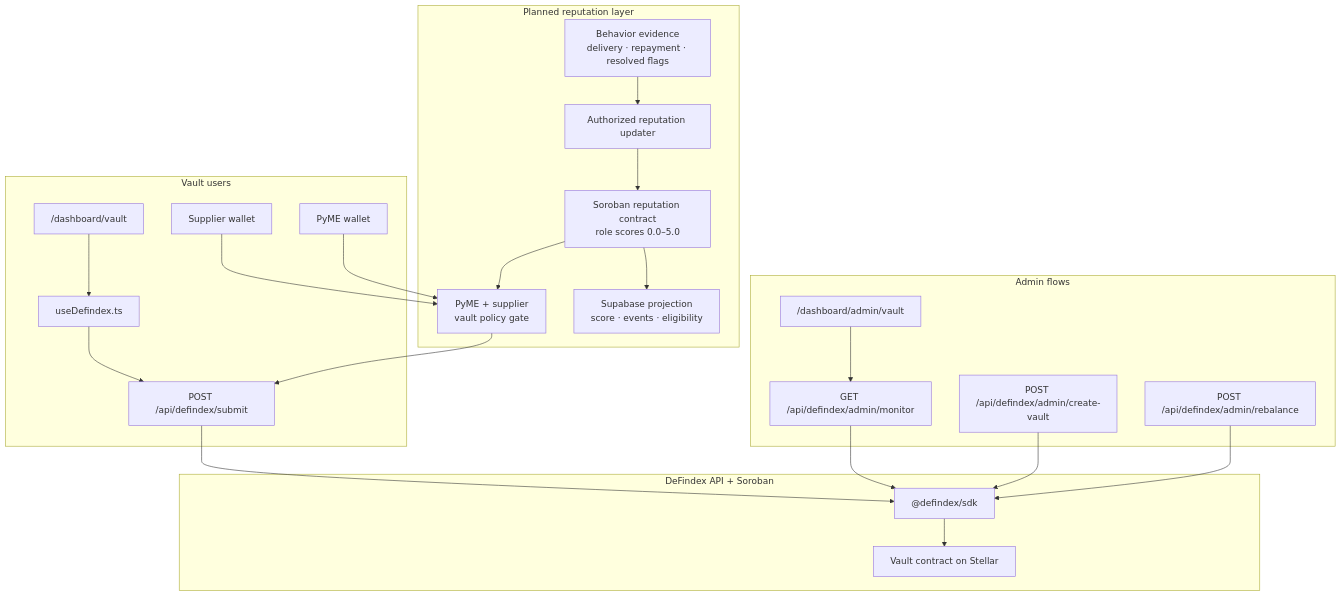
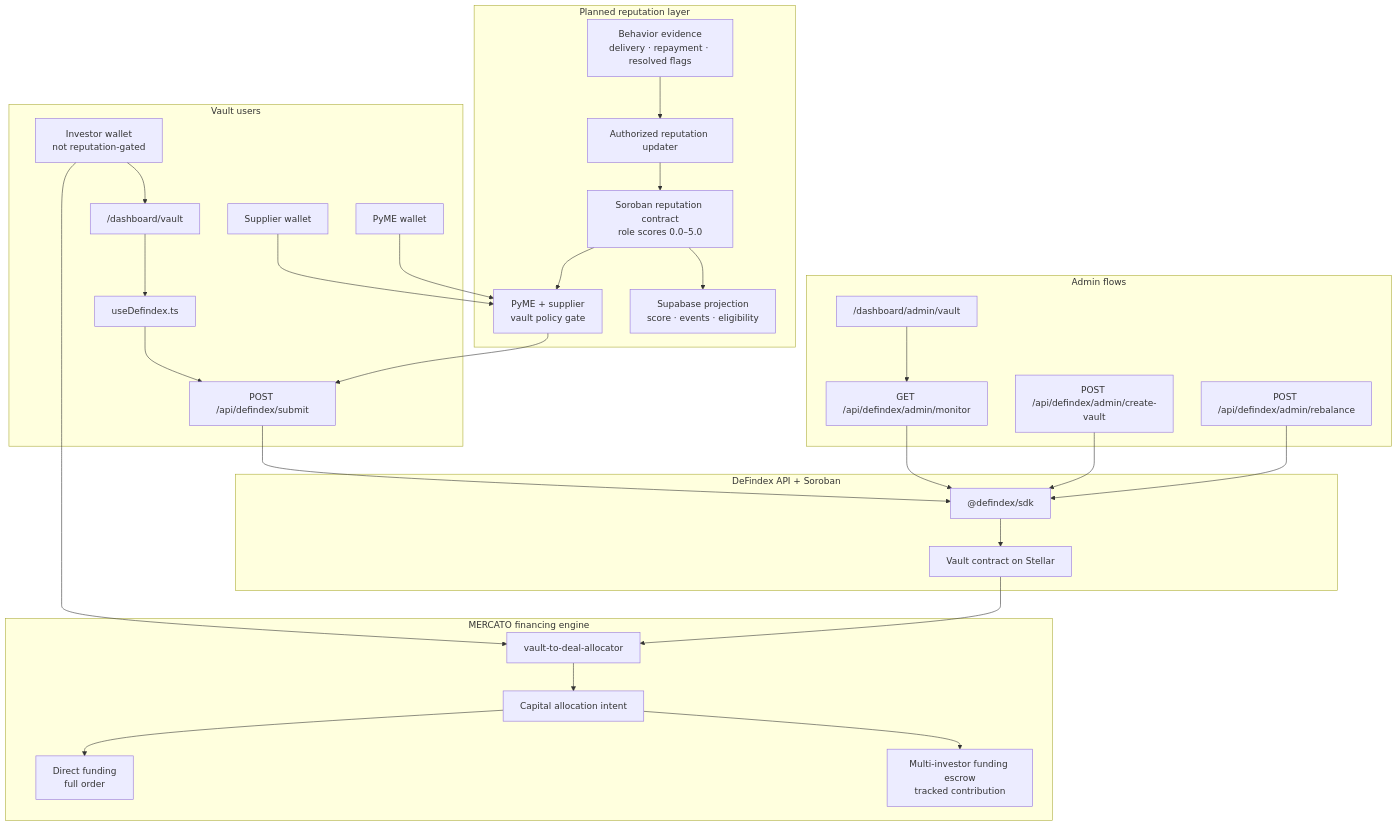
The tenth of 18 diagrams in doc/architecture.md (mercato-supply-chain/mercato-dapp), drawn with Mermaid before and after one commit. The commit also changed other lines of this file, not shown here.

Commit message:
Update architecture for multi-investor financing and DeFindex allocation

````diff
--- a/doc/architecture.md
+++ b/doc/architecture.md
@@ -652,41 +655,54 @@
 ```mermaid
 flowchart TB
   subgraph User["Vault users"]
     VaultDash["/dashboard/vault"]
     Hook["useDefindex.ts"]
     Submit["POST /api/defindex/submit"]
+    Investor["Investor wallet\nnot reputation-gated"]
     Supplier["Supplier wallet"]
     PyME["PyME wallet"]
+  end
+
+  subgraph Financing["MERCATO financing engine"]
+    Allocator["vault-to-deal-allocator"]
+    Intent["Capital allocation intent"]
+    Direct["Direct funding\nfull order"]
+    Multi["Multi-investor funding escrow\ntracked contribution"]
   end
 
   subgraph Admin["Admin flows"]
     VaultMon["/dashboard/admin/vault"]
     Create["POST /api/defindex/admin/create-vault"]
     Rebalance["POST /api/defindex/admin/rebalance"]
     Monitor["GET /api/defindex/admin/monitor"]
   end
 
   subgraph Reputation["Planned reputation layer"]
     Evidence["Behavior evidence\ndelivery · repayment · resolved flags"]
     Oracle["Authorized reputation updater"]
     Score["Soroban reputation contract\nrole scores 0.0–5.0"]
     Policy["PyME + supplier\nvault policy gate"]
     Cache["Supabase projection\nscore · events · eligibility"]
   end
 
   subgraph DeFindex["DeFindex API + Soroban"]
     SDK["@defindex/sdk"]
     Contract["Vault contract on Stellar"]
   end
 
   VaultDash --> Hook --> Submit --> SDK --> Contract
+  Investor --> VaultDash
+  Investor --> Allocator
+  Contract --> Allocator --> Intent
+  Intent --> Direct
+  Intent --> Multi
   Supplier --> Policy
   PyME --> Policy
   Evidence --> Oracle --> Score
   Score --> Policy
   Score --> Cache
   Policy --> Submit
   VaultMon --> Monitor --> SDK
   Create --> SDK
   Rebalance --> SDK
 ```
````
